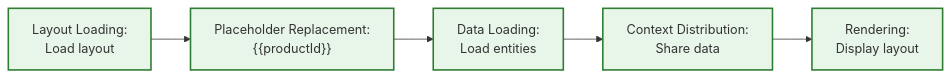
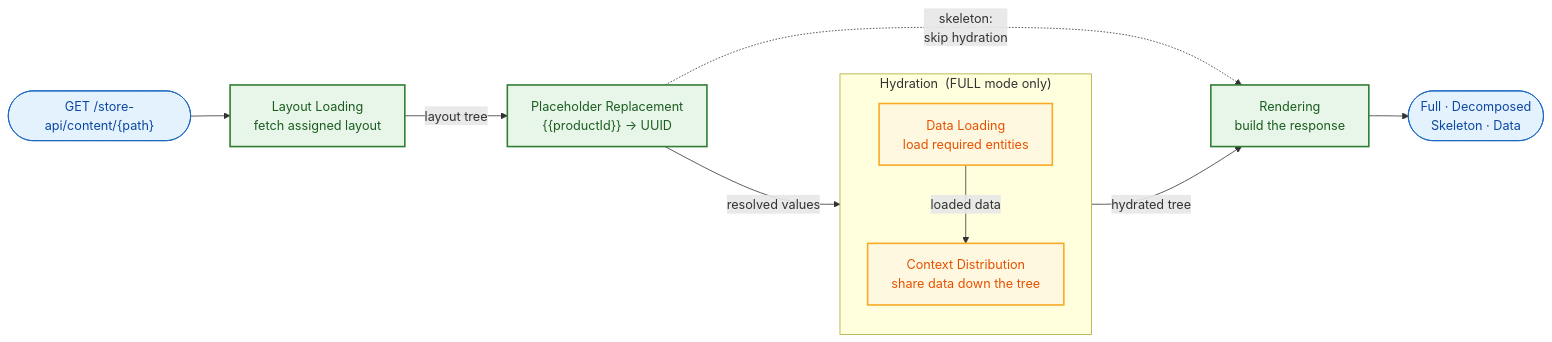
The diagram in src/Core/Framework/ContentSystem/USAGE.md (shopware/shopware), drawn with Mermaid before and after one commit. The commit also changed other lines of this file and 8 other files, not shown here.

Commit message:
docs(content-system): add administration API guide and fix module doc drift

````diff
--- a/src/Core/Framework/ContentSystem/USAGE.md
+++ b/src/Core/Framework/ContentSystem/USAGE.md
@@ -42,10 +42,30 @@
 ```mermaid
 graph LR
-    A["Layout Loading:<br/>Load layout"] --> B["Placeholder Replacement:<br/>{{productId}}"]
-    B --> C["Data Loading:<br/>Load entities"]
-    C --> D["Context Distribution:<br/>Share data"]
-    D --> E["Rendering:<br/>Display layout"]
+    REQ(["GET /store-api/content/{path}"]) --> A
 
-    classDef process fill:#e8f5e9,stroke:#2e7d32,stroke-width:2px
-    class A,B,C,D,E process
+    A["Layout Loading<br/>fetch assigned layout"]
+    B["Placeholder Replacement<br/>{{productId}} → UUID"]
+
+    subgraph HYDR["Hydration &nbsp;(FULL mode only)"]
+        direction TB
+        C["Data Loading<br/>load required entities"]
+        D["Context Distribution<br/>share data down the tree"]
+        C -- "loaded data" --> D
+    end
+
+    E["Rendering<br/>build the response"]
+    RES(["Full · Decomposed<br/>Skeleton · Data"])
+
+    A -- "layout tree" --> B
+    B -- "resolved values" --> C
+    D -- "hydrated tree" --> E
+    E --> RES
+    B -. "skeleton:<br/>skip hydration" .-> E
+
+    classDef io fill:#e3f2fd,stroke:#1565c0,stroke-width:1px,color:#0d47a1
+    classDef step fill:#e8f5e9,stroke:#2e7d32,stroke-width:2px,color:#1b5e20
+    classDef hydr fill:#fff8e1,stroke:#f9a825,stroke-width:2px,color:#e65100
+    class REQ,RES io
+    class A,B,E step
+    class C,D hydr
 ```
````
